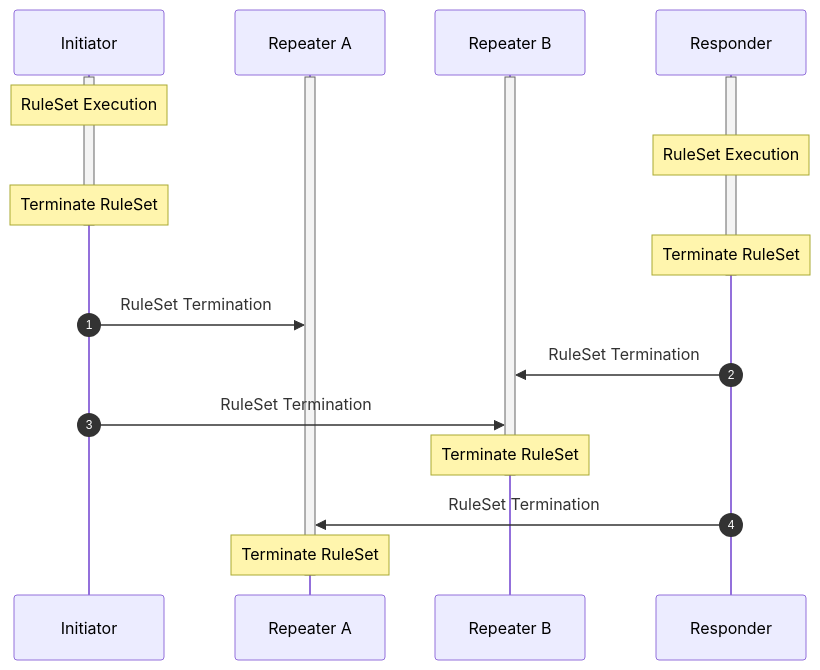
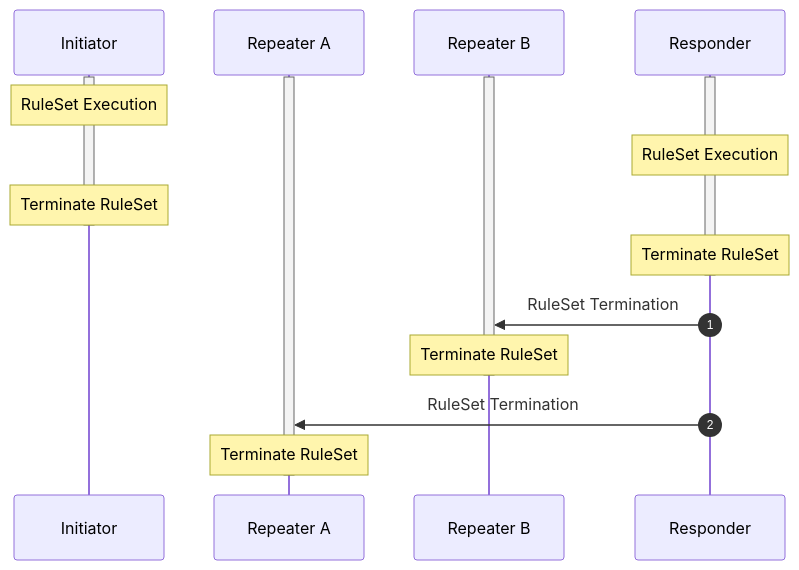
Before and after one commit to sfc-aqua/RuleSetSpec: the fourth of 5 diagrams in 2.1.1.ConnectionSetup.md, drawn with Mermaid. The commit also changed other lines of this file and 1 other file, not shown here.

````diff
--- a/2.1.1.ConnectionSetup.md
+++ b/2.1.1.ConnectionSetup.md
@@ -349,29 +357,27 @@
 ```mermaid
 sequenceDiagram
     autonumber
     participant ini as Initiator
     participant ra as Repeater A
     participant rb as Repeater B
     participant res as Responder
 
     activate ini
     activate res
     activate ra
     activate rb
     Note over ini: RuleSet Execution
     Note over res: RuleSet Execution
     Note over ini: Terminate RuleSet
     deactivate ini
     Note over res: Terminate RuleSet
     deactivate res
 
-    ini ->> ra: RuleSet Termination
     res ->> rb: RuleSet Termination
-    ini ->> rb: RuleSet Termination
     Note over rb: Terminate RuleSet
     deactivate rb
     res ->> ra: RuleSet Termination
 
     Note over ra: Terminate RuleSet
     deactivate ra
 ```
````
